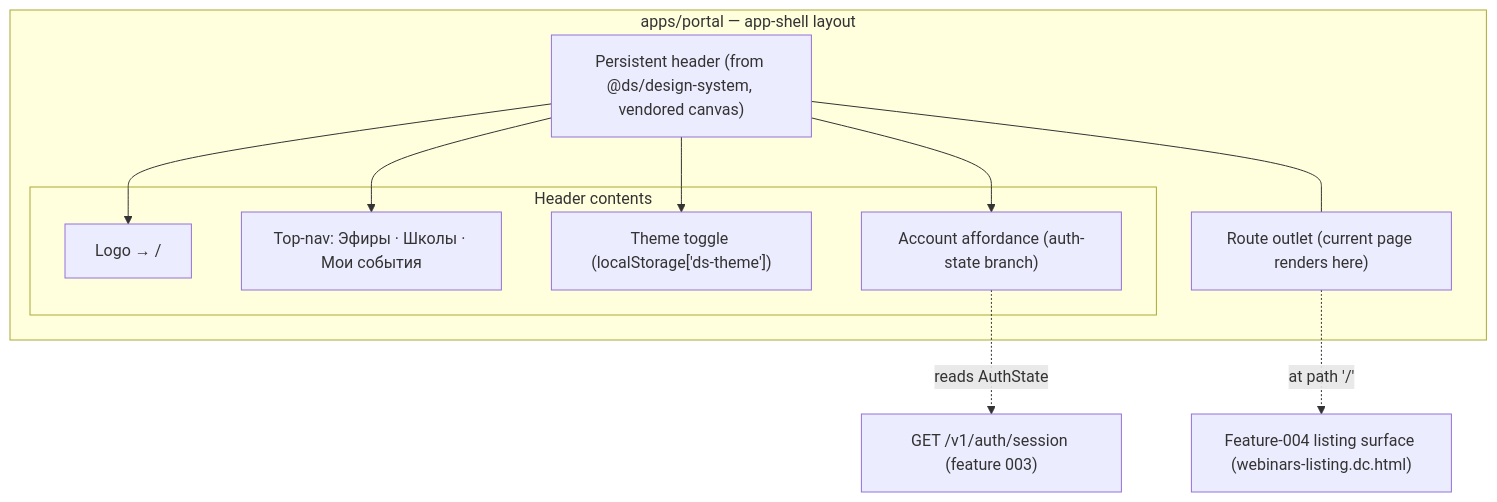
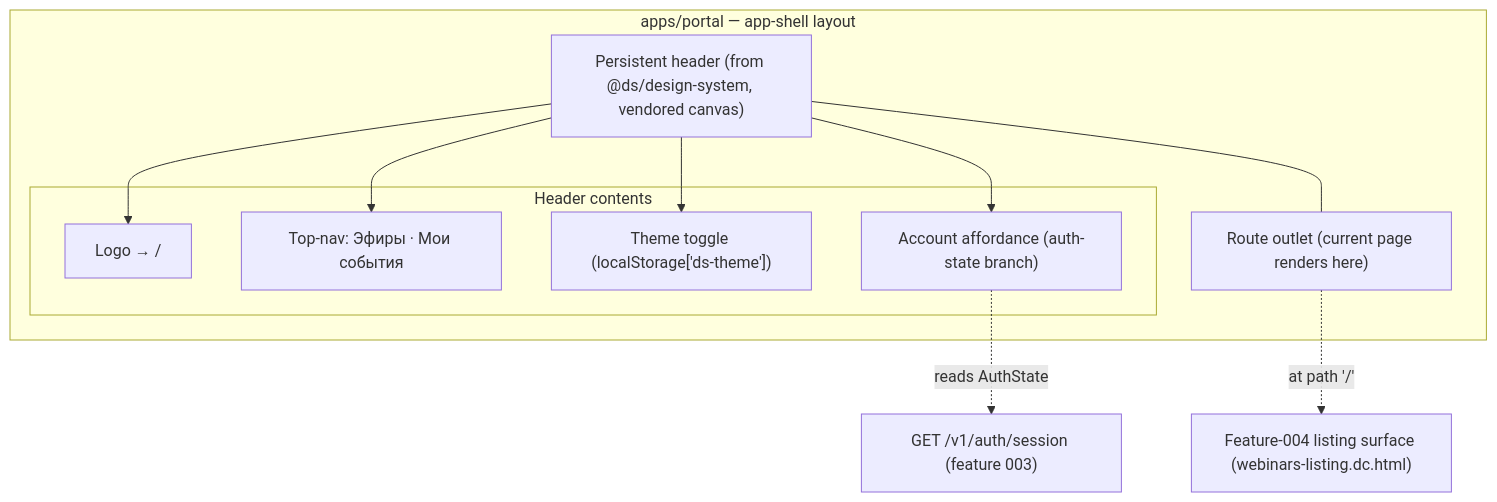
The first of 4 diagrams in apps/docs/content/specs/features/008-portal-shell/008-design.md (doctor-school/ds-platform), drawn with Mermaid before and after one commit. The commit also changed other lines of this file and 9 other files, not shown here.

````diff
--- a/apps/docs/content/specs/features/008-portal-shell/008-design.md
+++ b/apps/docs/content/specs/features/008-portal-shell/008-design.md
@@ -20,23 +20,23 @@
 ```mermaid
 flowchart TB
   subgraph portal[apps/portal — app-shell layout]
     HEADER["Persistent header (from @ds/design-system, vendored canvas)"]
     subgraph headerbits[Header contents]
       LOGO["Logo → /"]
-      NAV["Top-nav: Эфиры · Школы · Мои события"]
+      NAV["Top-nav: Эфиры · Мои события"]
       THEME["Theme toggle (localStorage['ds-theme'])"]
       ACCT["Account affordance (auth-state branch)"]
     end
     OUTLET["Route outlet (current page renders here)"]
   end
   SESS["GET /v1/auth/session (feature 003)"]
   LISTING["Feature-004 listing surface (webinars-listing.dc.html)"]
 
   HEADER --> LOGO
   HEADER --> NAV
   HEADER --> THEME
   HEADER --> ACCT
   ACCT -. "reads AuthState" .-> SESS
   OUTLET -. "at path '/'" .-> LISTING
   HEADER --- OUTLET
 ```
````
